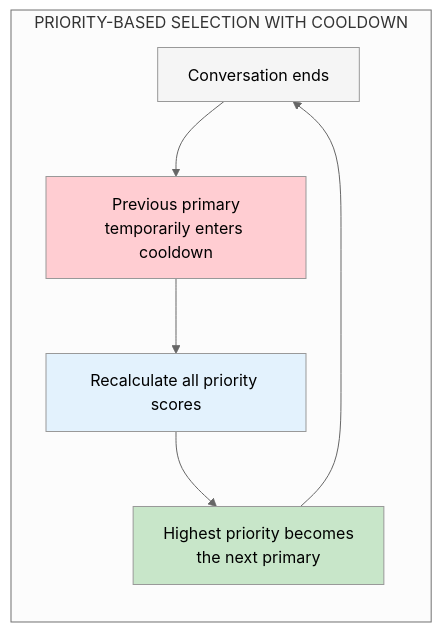
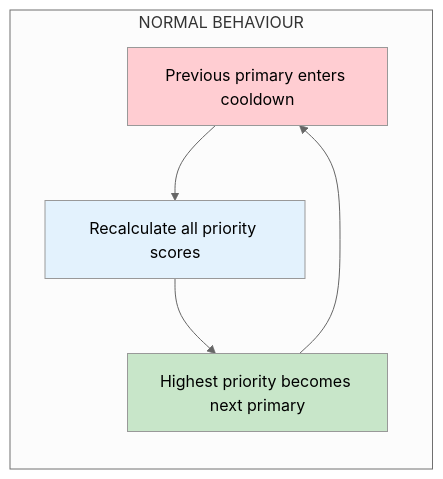
One commit to anshika410/English_learning_flutter_app changed the second of 3 diagrams in docs/mintlify-src/adaptive-mastery.mdx. Above: the diagram before and after it, drawn with Mermaid (neutral theme). The commit also changed other lines of this file, not shown here.

Commit message:
docs: simplify two core behaviours - shorter diagrams + comparison table

````diff
--- a/docs/mintlify-src/adaptive-mastery.mdx
+++ b/docs/mintlify-src/adaptive-mastery.mdx
@@ -88,15 +88,12 @@
 ```mermaid
 flowchart TB
-    subgraph RECENCY["PRIORITY-BASED SELECTION WITH COOLDOWN"]
+    subgraph NORMAL["NORMAL BEHAVIOUR"]
         direction TB
-        R1[Conversation ends] --> R2[Previous primary<br/>temporarily enters cooldown]
-        R2 --> R3[Recalculate all priority scores]
-        R3 --> R4[Highest priority becomes<br/>the next primary]
-        R4 --> R1
+        R1[Previous primary enters cooldown] --> R2[Recalculate all priority scores]
+        R2 --> R3[Highest priority becomes next primary]
+        R3 --> R1
     end
-
-    style R1 fill:#f5f5f5
-    style R2 fill:#ffcdd2
-    style R3 fill:#e3f2fd
-    style R4 fill:#c8e6c9
+    style R1 fill:#ffcdd2
+    style R2 fill:#e3f2fd
+    style R3 fill:#c8e6c9
 ```
````
